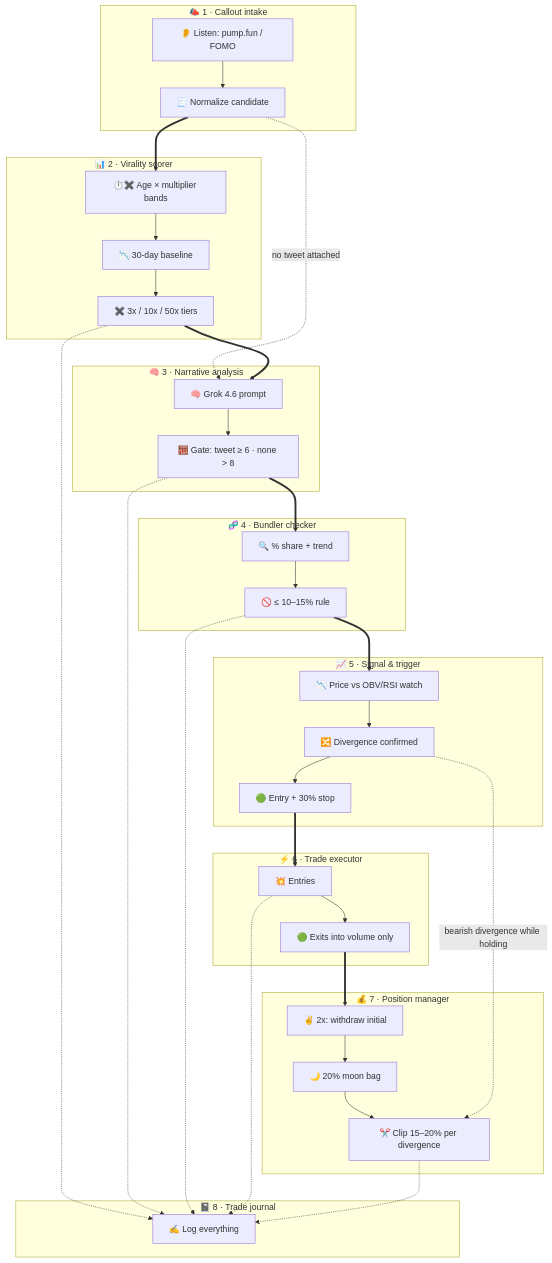
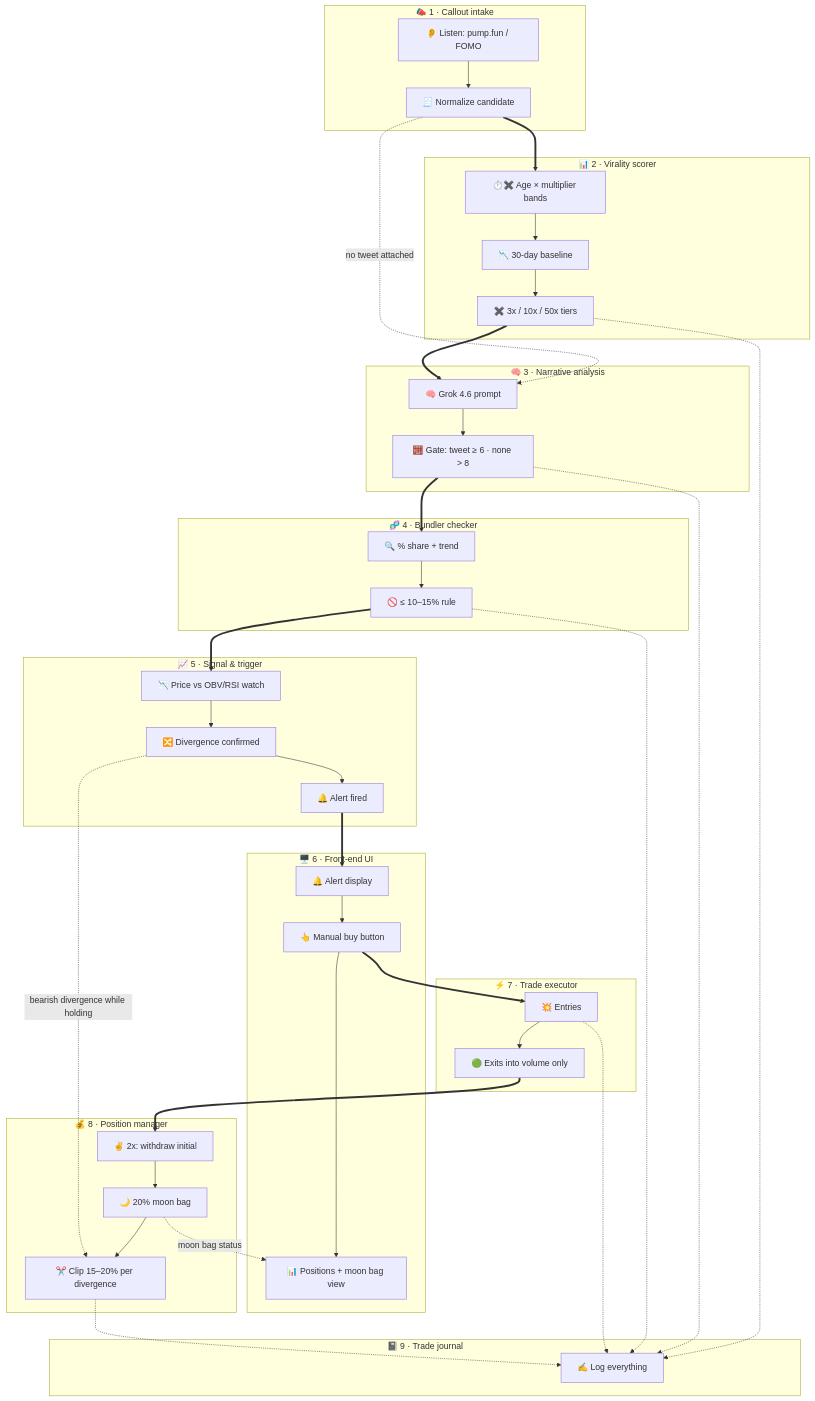
Before and after one commit to TR3-AI/idea-slicer: the second of 2 diagrams in maps/memecoin-virality-trader.md, drawn with Mermaid. The commit also changed other lines of this file, not shown here.

Commit message:
Memecoin: manual buy gate + Front-end UI dept + staleness guards [#6]

````diff
--- a/maps/memecoin-virality-trader.md
+++ b/maps/memecoin-virality-trader.md
@@ -295,40 +334,45 @@
 ```mermaid
 flowchart TD
   subgraph INTAKE["📣 1 · Callout intake"]
     I1["👂 Listen: pump.fun / FOMO"] --> I2["🧾 Normalize candidate"]
   end
   subgraph SCORE["📊 2 · Virality scorer"]
     V1["⏱️✖️ Age × multiplier bands"] --> V2["📉 30-day baseline"] --> V3["✖️ 3x / 10x / 50x tiers"]
   end
   subgraph GROK["🧠 3 · Narrative analysis"]
     G1["🧠 Grok 4.6 prompt"] --> G2["🧮 Gate: tweet ≥ 6 · none > 8"]
   end
   subgraph BUND["🧬 4 · Bundler checker"]
     B1["🔍 % share + trend"] --> B2["🚫 ≤ 10–15% rule"]
   end
   subgraph SIG["📈 5 · Signal & trigger"]
-    T1["📉 Price vs OBV/RSI watch"] --> T2["🔀 Divergence confirmed"] --> T3["🟢 Entry + 30% stop"]
+    T1["📉 Price vs OBV/RSI watch"] --> T2["🔀 Divergence confirmed"] --> T3["🔔 Alert fired"]
   end
-  subgraph EXEC["⚡ 6 · Trade executor"]
+  subgraph UI["🖥️ 6 · Front-end UI"]
+    U1["🔔 Alert display"] --> U2["👆 Manual buy button"] --> U3["📊 Positions + moon bag view"]
+  end
+  subgraph EXEC["⚡ 7 · Trade executor"]
     X1["💥 Entries"] --> X2["🟢 Exits into volume only"]
   end
-  subgraph POS["💰 7 · Position manager"]
+  subgraph POS["💰 8 · Position manager"]
     P1["✌️ 2x: withdraw initial"] --> P2["🌙 20% moon bag"] --> P3["✂️ Clip 15–20% per divergence"]
   end
-  subgraph LOG["📓 8 · Trade journal"]
+  subgraph LOG["📓 9 · Trade journal"]
     L1["✍️ Log everything"]
   end
   I2 ==> V1
   I2 -.->|"no tweet attached"| G1
   V3 ==> G1
   G2 ==> B1
   B2 ==> T1
-  T3 ==> X1
+  T3 ==> U1
+  U2 ==> X1
   X2 ==> P1
   T2 -.->|bearish divergence while holding| P3
+  P2 -.->|moon bag status| U3
   V3 -.-> L1
   G2 -.-> L1
   B2 -.-> L1
   X1 -.-> L1
   P3 -.-> L1
 ```
````
